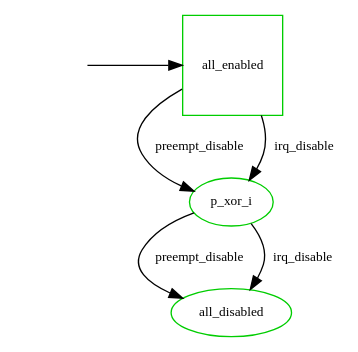
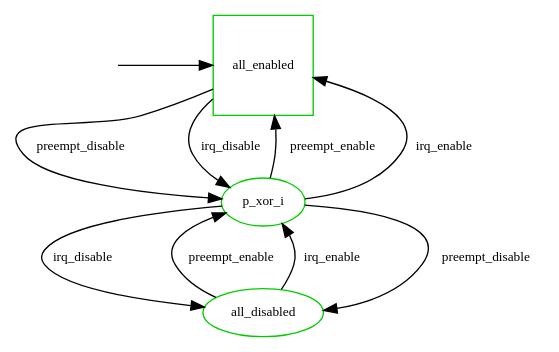
Before and after one commit to joelagnel/RCU_Supremica: the diagram in Dot_Models/not_atomic_atomic_gen.dot, drawn with Graphviz. The commit also changed 1 other file, not shown here.

```diff
--- a/Dot_Models/not_atomic_atomic_gen.dot
+++ b/Dot_Models/not_atomic_atomic_gen.dot
@@ -1,29 +1,34 @@
 digraph state_automaton {
 	center = true;
 	// size = "700,800";
 	nodesep = 0.5;
 	{node [shape = plaintext, style=invis, label=""] "__init_all_enabled"};
 	node [shape = ellipse, fontsize=10, color = green3];
 	edge [fontsize=10];
 
 	"__init_all_enabled" -> "all_enabled";
 
 	"all_disabled" [label = "all_disabled"]; 
 	"p_xor_i" [label = "p_xor_i"]; 
 
 	/* 
 	 * NOTE: The automata should generate a pseudo-event when entering
 	 * (called atomic_enter) or exiting (called atomic_exit) this state.
 	 */
 	"all_enabled" [label = "all_enabled", shape="square"]; 
 
 	"all_enabled" -> "p_xor_i" [ label = "preempt_disable" ];
 	"all_enabled" -> "p_xor_i" [ label = "irq_disable" ];
+	"p_xor_i" -> "all_enabled" [ label = "preempt_enable" ];
+	"p_xor_i" -> "all_enabled" [ label = "irq_enable" ];
+
 	"p_xor_i" -> "all_disabled" [ label = "preempt_disable" ];
 	"p_xor_i" -> "all_disabled" [ label = "irq_disable" ];
+	"all_disabled" -> "p_xor_i" [ label = "preempt_enable" ];
+	"all_disabled" -> "p_xor_i" [ label = "irq_enable" ];
 
 	{ rank = min ;
 		"__init_all_enabled";
 		"all_enabled";
 	}
 }
```
